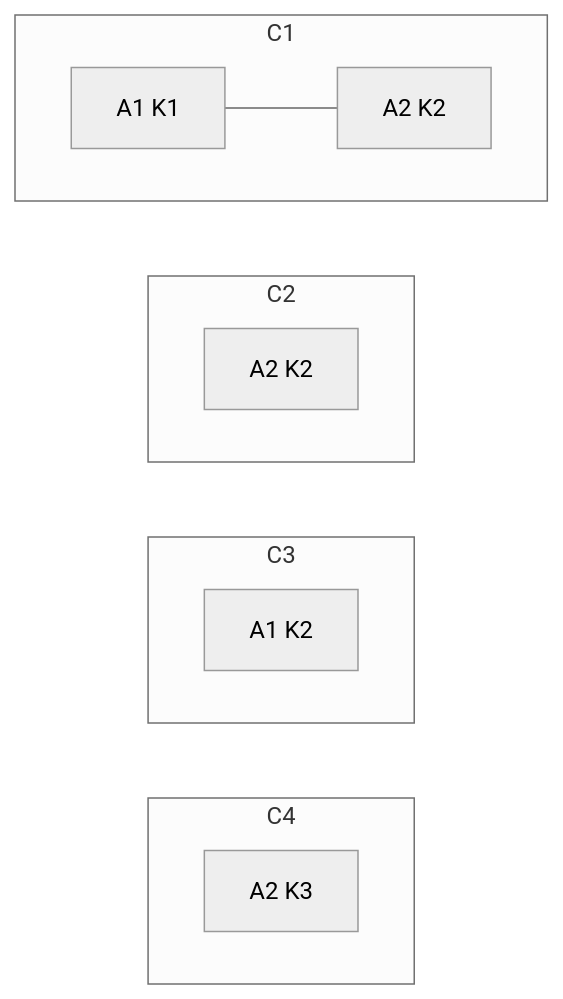
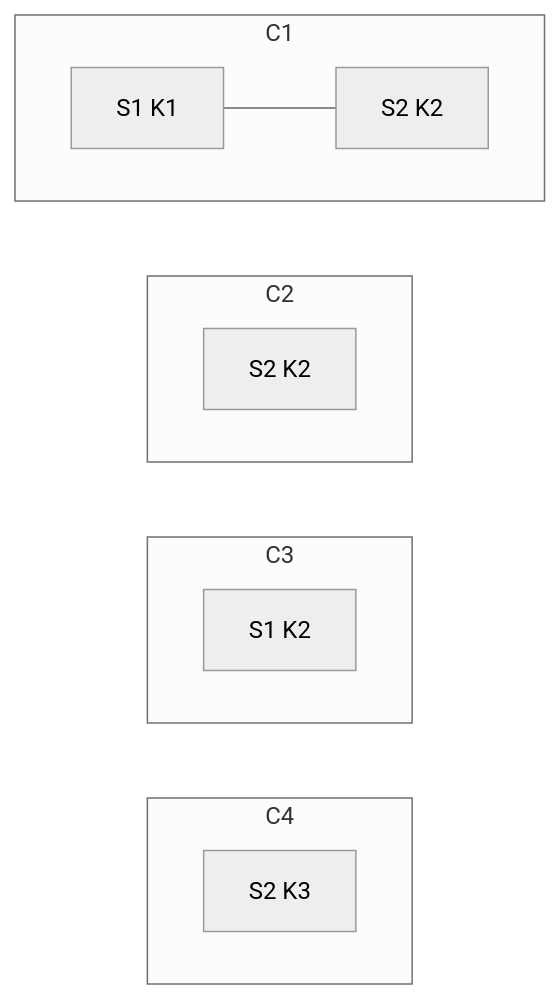
Before and after one commit to input-output-hk/catalyst-libs: the fifth of 5 diagrams in rust/rbac-registration/examples.md, drawn with Mermaid (neutral theme). The commit also changed other lines of this file, not shown here.

````diff
--- a/rust/rbac-registration/examples.md
+++ b/rust/rbac-registration/examples.md
@@ -84,19 +84,19 @@
 ```mermaid
 flowchart LR
     subgraph C4
         direction LR
-        E0[A2 K3]
+        E0[S2 K3]
     end
     subgraph C3
         direction LR
-        D0[A1 K2]
+        D0[S1 K2]
     end
     subgraph C2
         direction LR
-        B0[A2 K2]
+        B0[S2 K2]
     end
     subgraph C1
         direction LR
-        A0[A1 K1] --- A1[A2 K2]
+        A0[S1 K1] --- A1[S2 K2]
     end
 ```
````
